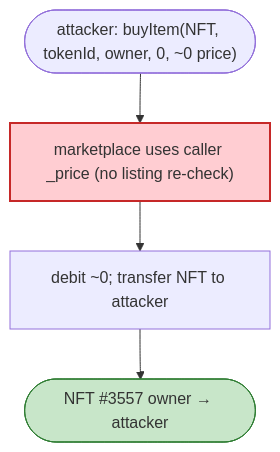
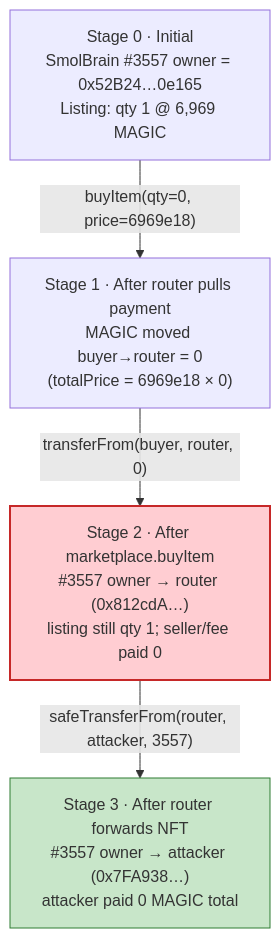
Before and after one commit to sanbir/evm-hack-registry: the second of 3 diagrams in 2022-03-TreasureDAO_exp/TreasureDAO_exp.md, drawn with Mermaid. The commit also changed other lines of this file and 52 other files, not shown here.

````diff
--- a/2022-03-TreasureDAO_exp/TreasureDAO_exp.md
+++ b/2022-03-TreasureDAO_exp/TreasureDAO_exp.md
@@ -55,9 +247,14 @@
 ```mermaid
 flowchart TD
-    A(["attacker: buyItem(NFT, tokenId, owner, 0, ~0 price)"]) --> M["marketplace uses caller _price (no listing re-check)"]
-    M --> PAY["debit ~0; transfer NFT to attacker"]
-    PAY --> OUT(["NFT #3557 owner → attacker"])
+    S0["Stage 0 · Initial<br/>SmolBrain #3557 owner = 0x52B24…0e165<br/>Listing: qty 1 @ 6,969 MAGIC"]
+    S1["Stage 1 · After router pulls payment<br/>MAGIC moved buyer→router = 0<br/>(totalPrice = 6969e18 × 0)"]
+    S2["Stage 2 · After marketplace.buyItem<br/>#3557 owner → router (0x812cdA…)<br/>listing still qty 1; seller/fee paid 0"]
+    S3["Stage 3 · After router forwards NFT<br/>#3557 owner → attacker (0x7FA938…)<br/>attacker paid 0 MAGIC total"]
 
-    style M fill:#ffcdd2,stroke:#c62828,stroke-width:2px
-    style OUT fill:#c8e6c9,stroke:#2e7d32
+    S0 -->|"buyItem(qty=0, price=6969e18)"| S1
+    S1 -->|"transferFrom(buyer, router, 0)"| S2
+    S2 -->|"safeTransferFrom(router, attacker, 3557)"| S3
+
+    style S2 fill:#ffcdd2,stroke:#c62828,stroke-width:2px
+    style S3 fill:#c8e6c9,stroke:#2e7d32
 ```
````
